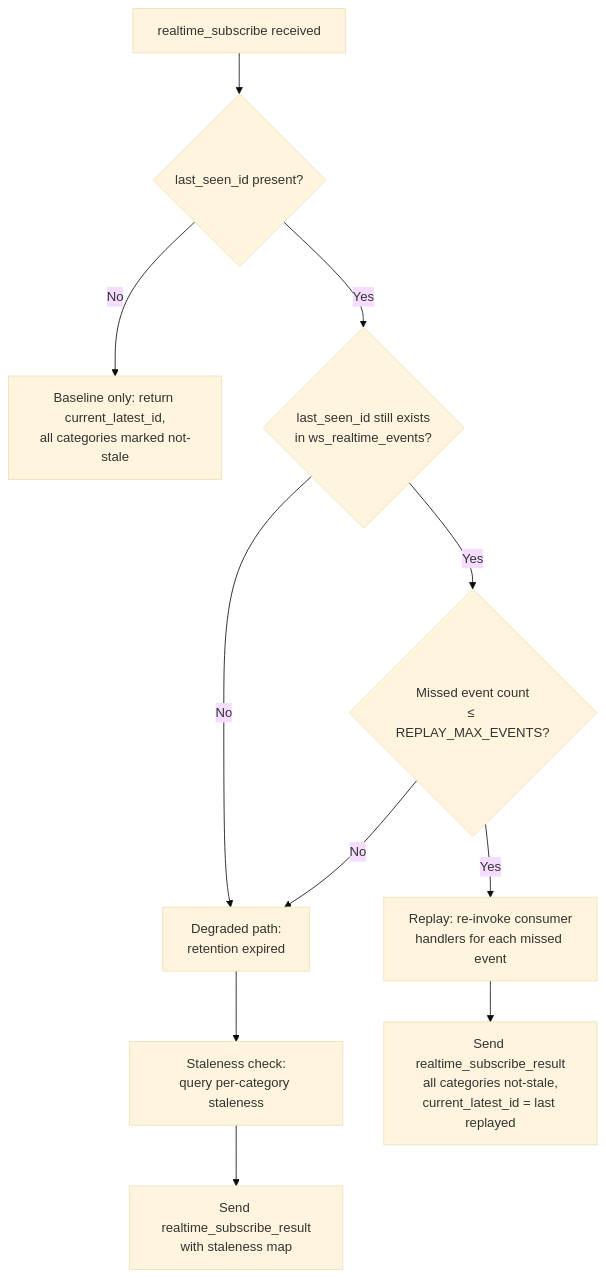
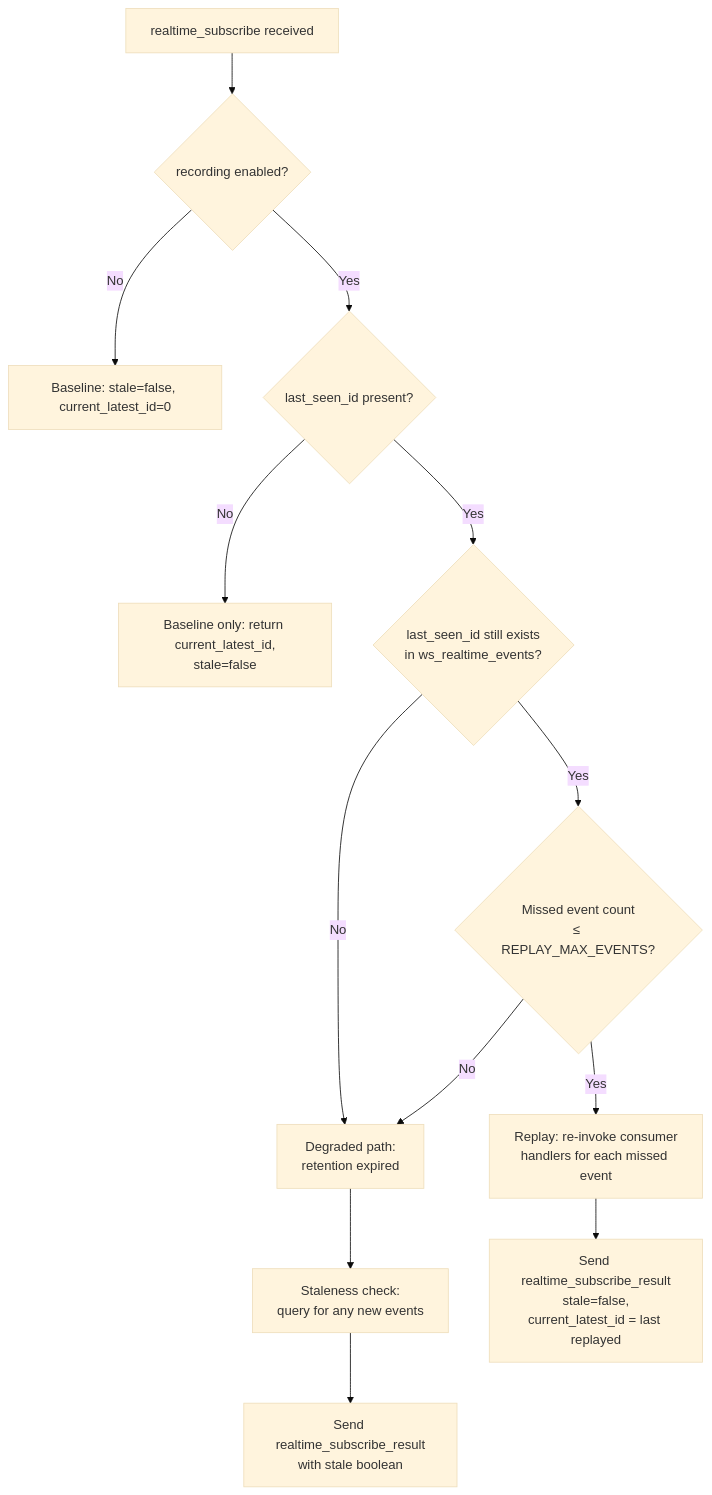
One commit to baserow/baserow changed the fourth of 4 diagrams in docs/technical/realtime-reliability.md. Above: the diagram before and after it, drawn with Mermaid (base theme). The commit also changed other lines of this file and 18 other files, not shown here.

````diff
--- a/docs/technical/realtime-reliability.md
+++ b/docs/technical/realtime-reliability.md
@@ -142,13 +148,15 @@
 ```mermaid
 flowchart TD
-    A[realtime_subscribe received] --> B{last_seen_id present?}
-    B -- No --> C[Baseline only: return current_latest_id,<br/>all categories marked not-stale]
+    A[realtime_subscribe received] --> K{recording enabled?}
+    K -- No --> L[Baseline: stale=false, current_latest_id=0]
+    K -- Yes --> B{last_seen_id present?}
+    B -- No --> C[Baseline only: return current_latest_id,<br/>stale=false]
     B -- Yes --> D{last_seen_id still exists<br/>in ws_realtime_events?}
     D -- No --> F[Degraded path:<br/>retention expired]
     D -- Yes --> E{Missed event count<br/>≤ REPLAY_MAX_EVENTS?}
     E -- Yes --> G[Replay: re-invoke consumer<br/>handlers for each missed event]
     E -- No --> F
-    F --> H[Staleness check:<br/>query per-category staleness]
-    H --> I[Send realtime_subscribe_result<br/>with staleness map]
-    G --> J[Send realtime_subscribe_result<br/>all categories not-stale,<br/>current_latest_id = last replayed]
+    F --> H[Staleness check:<br/>query for any new events]
+    H --> I[Send realtime_subscribe_result<br/>with stale boolean]
+    G --> J[Send realtime_subscribe_result<br/>stale=false,<br/>current_latest_id = last replayed]
 ```
````
